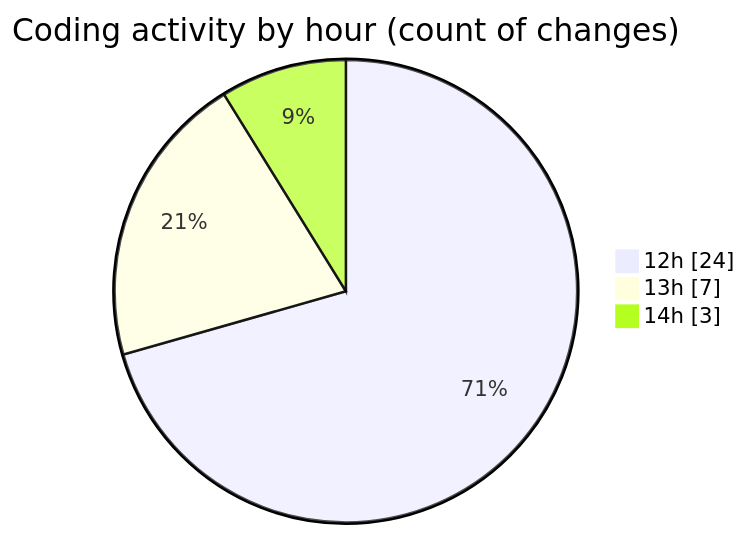
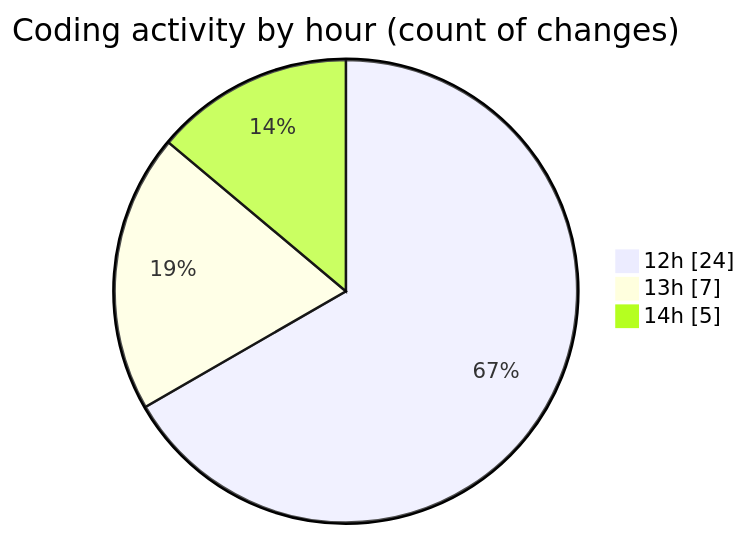
The second of 2 diagrams in 2025-08-25/quytuthien_vn/README.md (lephambinh05/code-tracking), drawn with Mermaid before and after one commit. The commit also changed other lines of this file and 1 other file, not shown here.

````diff
--- a/2025-08-25/quytuthien_vn/README.md
+++ b/2025-08-25/quytuthien_vn/README.md
@@ -45,7 +45,7 @@
 ```mermaid
 pie showData
 title Coding activity by hour (count of changes)
 "12h" : 24
 "13h" : 7
-"14h" : 3
+"14h" : 5
 ```
````
